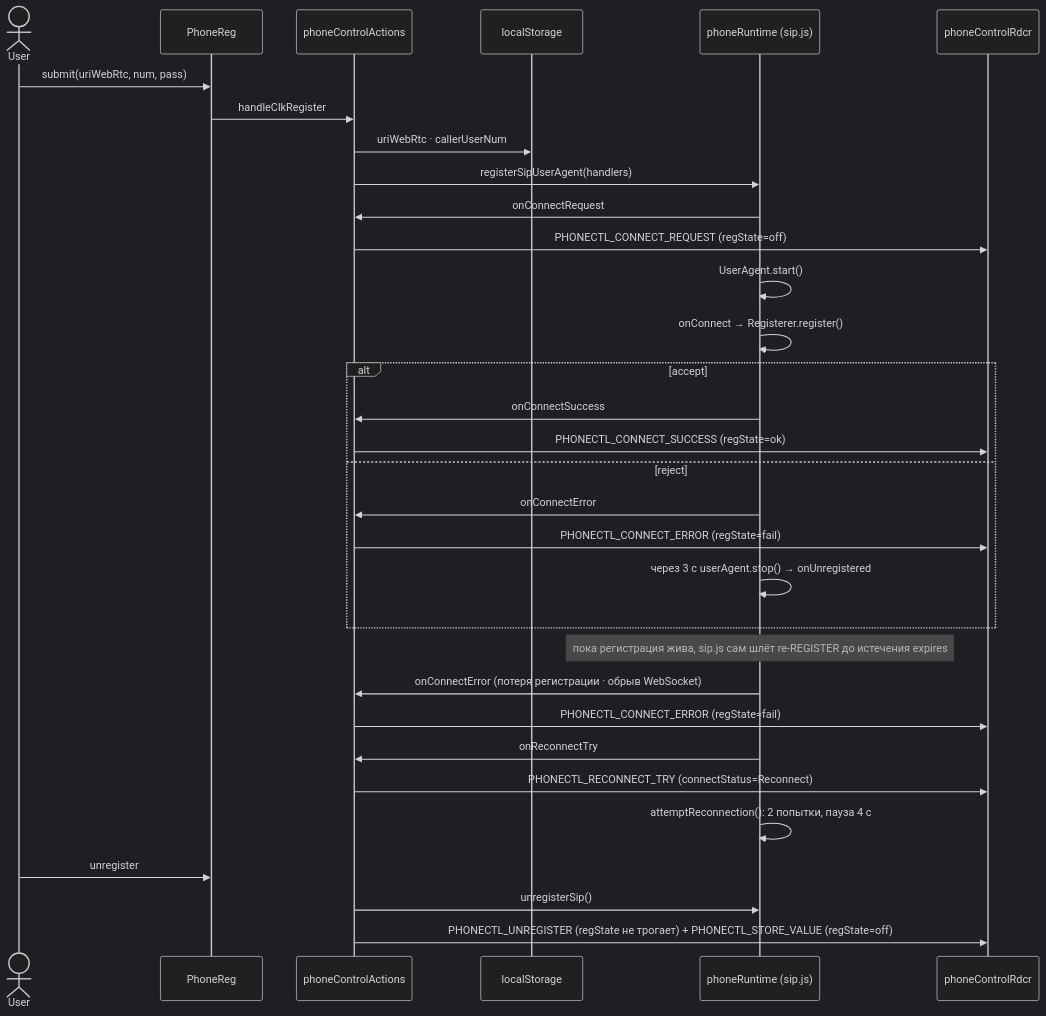
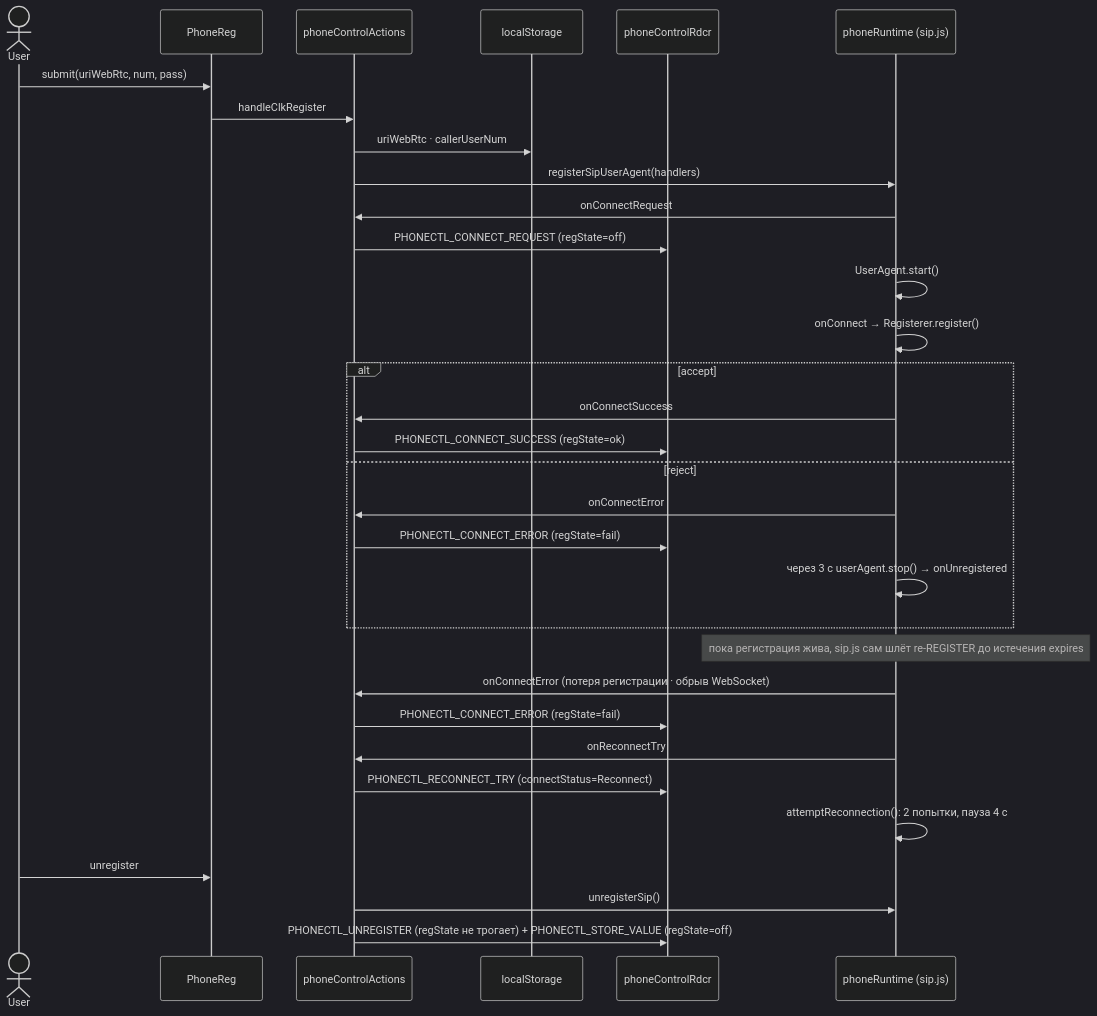
One commit to ars-anosov/sipjs-react changed the second of 3 diagrams in docs/STATE.md. Above: the diagram before and after it, drawn with Mermaid (dark theme). The commit also changed other lines of this file and 14 other files, not shown here.

````diff
--- a/docs/STATE.md
+++ b/docs/STATE.md
@@ -79,35 +107,35 @@
 ```mermaid
 sequenceDiagram
   actor User
   participant PhoneReg
   participant Action as phoneControlActions
   participant LS as localStorage
+  participant Rdcr as phoneControlRdcr
   participant Runtime as phoneRuntime (sip.js)
-  participant Rdcr as phoneControlRdcr
 
   User->>PhoneReg: submit(uriWebRtc, num, pass)
   PhoneReg->>Action: handleClkRegister
   Action->>LS: uriWebRtc · callerUserNum
   Action->>Runtime: registerSipUserAgent(handlers)
   Runtime->>Action: onConnectRequest
   Action->>Rdcr: PHONECTL_CONNECT_REQUEST (regState=off)
   Runtime->>Runtime: UserAgent.start()
   Runtime->>Runtime: onConnect → Registerer.register()
   alt accept
     Runtime->>Action: onConnectSuccess
     Action->>Rdcr: PHONECTL_CONNECT_SUCCESS (regState=ok)
   else reject
     Runtime->>Action: onConnectError
     Action->>Rdcr: PHONECTL_CONNECT_ERROR (regState=fail)
     Runtime->>Runtime: через 3 с userAgent.stop() → onUnregistered
   end
   Note over Runtime: пока регистрация жива, sip.js сам шлёт re-REGISTER до истечения expires
   Runtime->>Action: onConnectError (потеря регистрации · обрыв WebSocket)
   Action->>Rdcr: PHONECTL_CONNECT_ERROR (regState=fail)
   Runtime->>Action: onReconnectTry
   Action->>Rdcr: PHONECTL_RECONNECT_TRY (connectStatus=Reconnect)
   Runtime->>Runtime: attemptReconnection(): 2 попытки, пауза 4 с
   User->>PhoneReg: unregister
   Action->>Runtime: unregisterSip()
   Action->>Rdcr: PHONECTL_UNREGISTER (regState не трогает) + PHONECTL_STORE_VALUE (regState=off)
 ```
````
